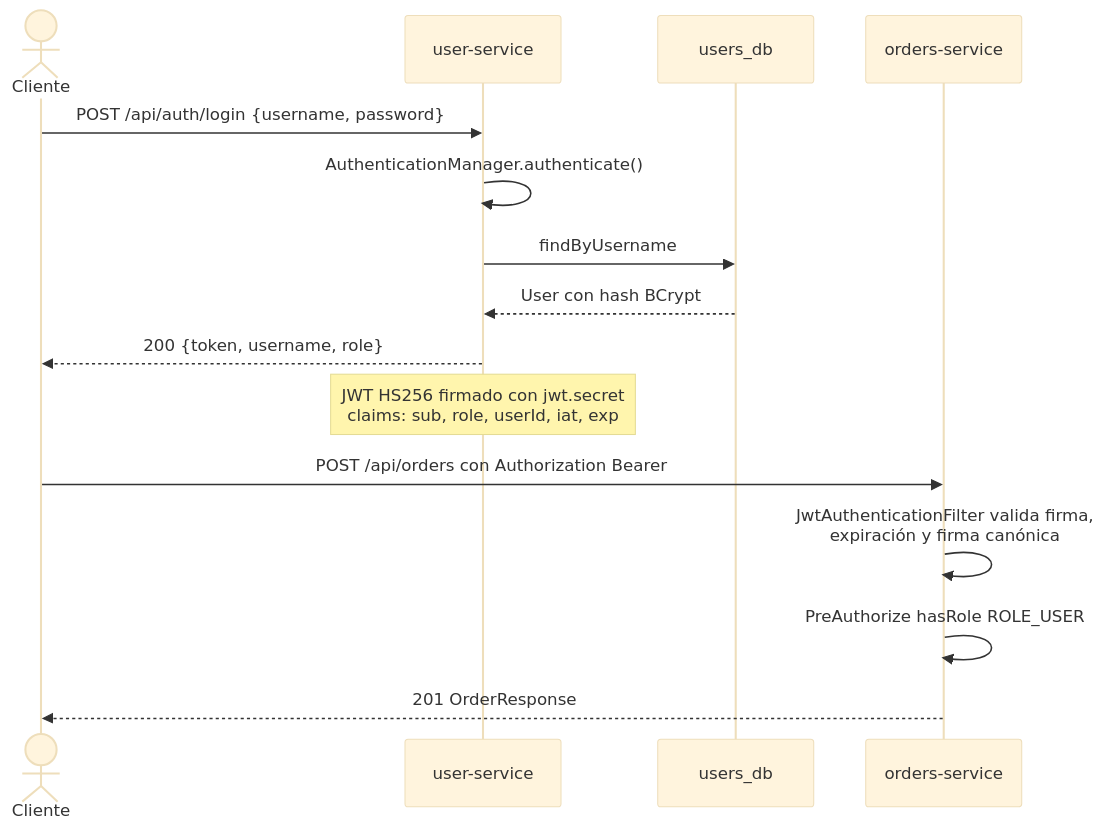
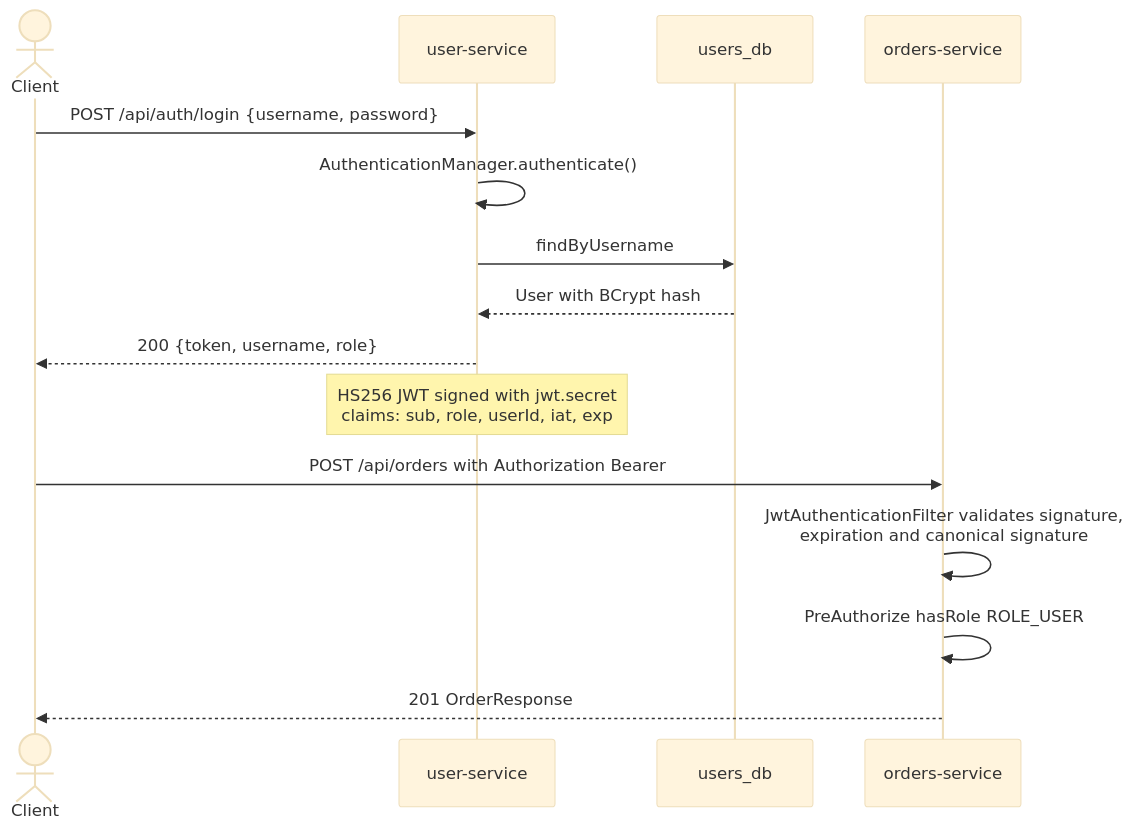
Before and after one commit to carlosgarcia-tech/order-flow: diagram 14 of 31 in README.md, drawn with Mermaid (base theme). The commit also changed other lines of this file, not shown here.

````diff
--- a/README.md
+++ b/README.md
@@ -622,18 +622,18 @@
 ```mermaid
 sequenceDiagram
-    actor C as Cliente
+    actor C as Client
     participant API as user-service
     participant DB as users_db
     participant ORD as orders-service
 
     C->>API: POST /api/auth/login {username, password}
     API->>API: AuthenticationManager.authenticate()
     API->>DB: findByUsername
-    DB-->>API: User con hash BCrypt
+    DB-->>API: User with BCrypt hash
     API-->>C: 200 {token, username, role}
-    Note over API: JWT HS256 firmado con jwt.secret<br/>claims: sub, role, userId, iat, exp
-    C->>ORD: POST /api/orders con Authorization Bearer
-    ORD->>ORD: JwtAuthenticationFilter valida firma,<br/>expiración y firma canónica
+    Note over API: HS256 JWT signed with jwt.secret<br/>claims: sub, role, userId, iat, exp
+    C->>ORD: POST /api/orders with Authorization Bearer
+    ORD->>ORD: JwtAuthenticationFilter validates signature,<br/>expiration and canonical signature
     ORD->>ORD: PreAuthorize hasRole ROLE_USER
     ORD-->>C: 201 OrderResponse
 ```
````
